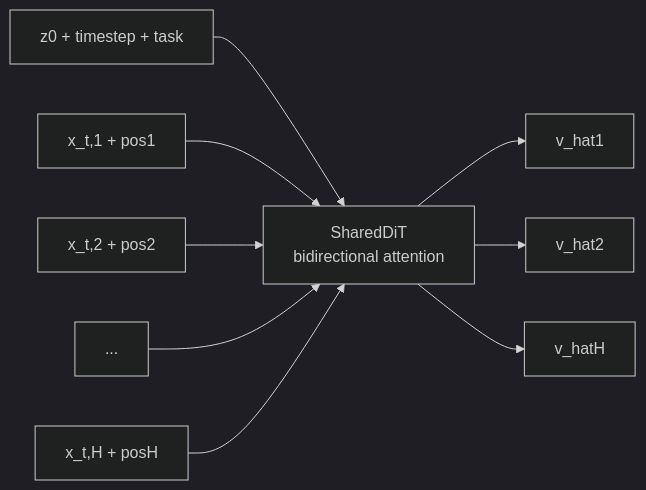
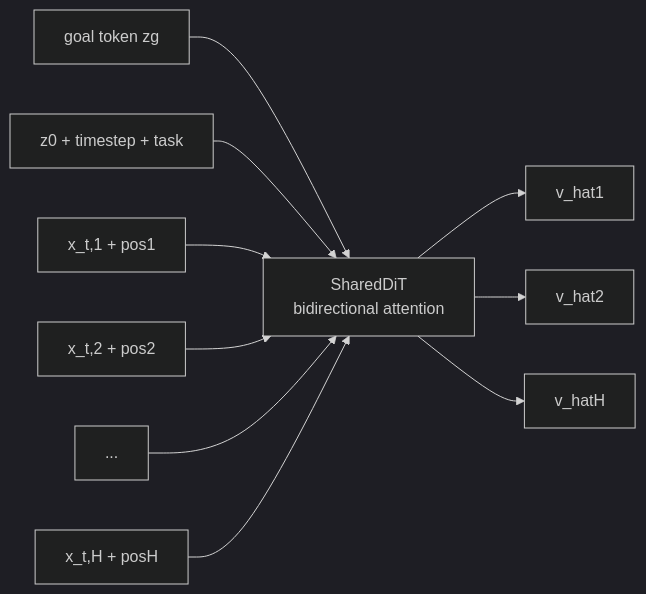
Before and after one commit to 040822/le-wm: the second of 6 diagrams in docs/fast_lewam_diagrams.md, drawn with Mermaid (dark theme). The commit also changed other lines of this file and 11 other files, not shown here.

````diff
--- a/docs/fast_lewam_diagrams.md
+++ b/docs/fast_lewam_diagrams.md
@@ -61,11 +63,12 @@
 ```mermaid
 flowchart LR
+    ZG["goal token zg"] --> DIT
     Z0["z0 + timestep + task"] --> DIT["SharedDiT<br/>bidirectional attention"]
     X1["x_t,1 + pos1"] --> DIT
     X2["x_t,2 + pos2"] --> DIT
     XD["..."] --> DIT
     XH["x_t,H + posH"] --> DIT
     DIT --> V1["v_hat1"]
     DIT --> V2["v_hat2"]
     DIT --> VH["v_hatH"]
 ```
````
